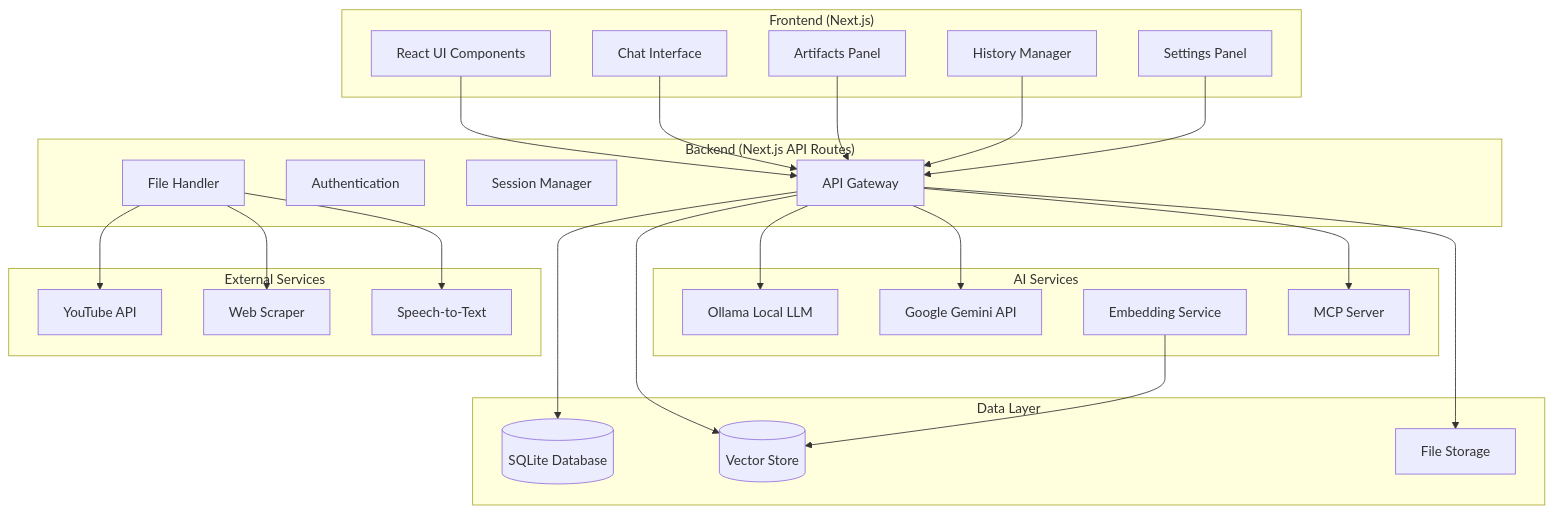
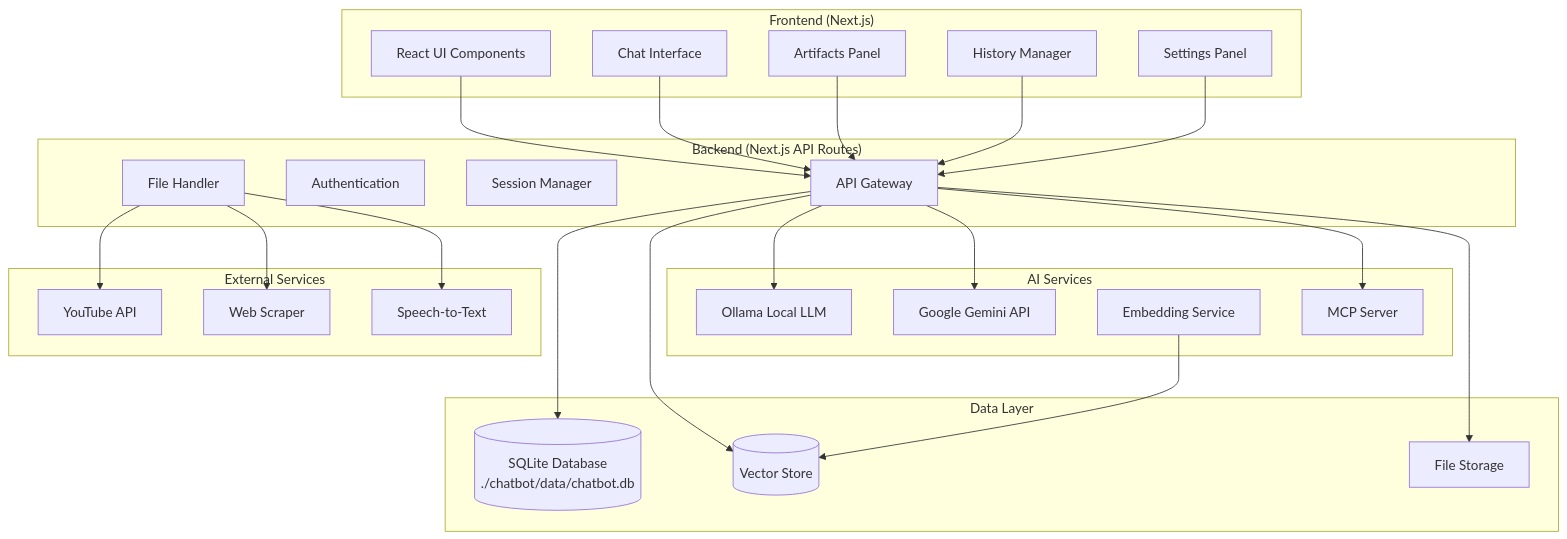
One commit to jongik-sv/chatbot changed the first of 2 diagrams in .kiro/specs/ai-chatbot-with-multimodal-mentor/design.md. Above: the diagram before and after it, drawn with Mermaid. The commit also changed other lines of this file and 13 other files, not shown here.

````diff
--- a/.kiro/specs/ai-chatbot-with-multimodal-mentor/design.md
+++ b/.kiro/specs/ai-chatbot-with-multimodal-mentor/design.md
@@ -20,55 +20,55 @@
 ```mermaid
 graph TB
     subgraph "Frontend (Next.js)"
         UI[React UI Components]
         Chat[Chat Interface]
         Artifacts[Artifacts Panel]
         History[History Manager]
         Settings[Settings Panel]
     end
     
     subgraph "Backend (Next.js API Routes)"
         API[API Gateway]
         Auth[Authentication]
         Session[Session Manager]
         FileHandler[File Handler]
     end
     
     subgraph "AI Services"
         Ollama[Ollama Local LLM]
         Gemini[Google Gemini API]
         Embeddings[Embedding Service]
         MCP[MCP Server]
     end
     
     subgraph "Data Layer"
-        SQLite[(SQLite Database)]
+        SQLite[(SQLite Database<br/>./chatbot/data/chatbot.db)]
         Vector[(Vector Store)]
         Files[File Storage]
     end
     
     subgraph "External Services"
         YouTube[YouTube API]
         WebScraper[Web Scraper]
         STT[Speech-to-Text]
     end
     
     UI --> API
     Chat --> API
     Artifacts --> API
     History --> API
     Settings --> API
     
     API --> Ollama
     API --> Gemini
     API --> MCP
     API --> SQLite
     API --> Vector
     API --> Files
     
     FileHandler --> YouTube
     FileHandler --> WebScraper
     FileHandler --> STT
     
     Embeddings --> Vector
 ```
````
